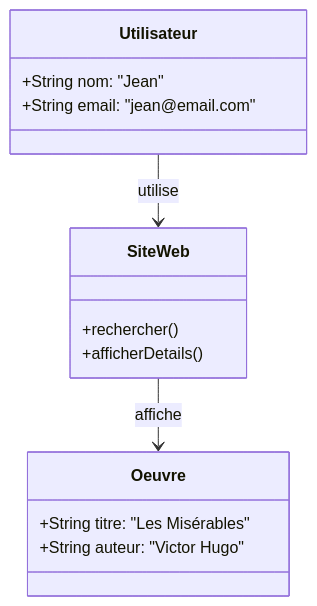
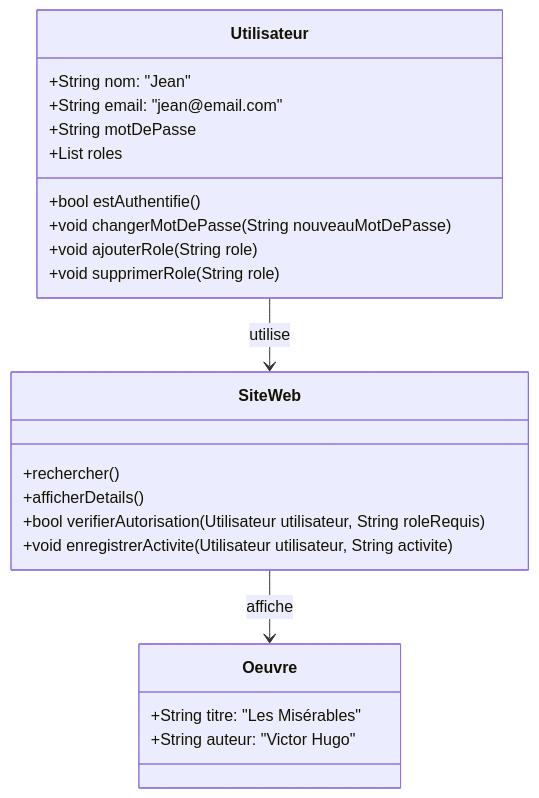
Before and after one commit to melenedufrenois/QuoicOurs: the diagram in scenarios/1/diag_class.md, drawn with Mermaid.

````diff
--- a/scenarios/1/diag_class.md
+++ b/scenarios/1/diag_class.md
@@ -1,18 +1,26 @@
 ```mermaid
 classDiagram
     class Utilisateur {
       +String nom: "Jean"
       +String email: "jean@email.com"
+      +String motDePasse
+      +bool estAuthentifie()
+      +void changerMotDePasse(String nouveauMotDePasse)
+      +List<String> roles
+      +void ajouterRole(String role)
+      +void supprimerRole(String role)
     }
     class SiteWeb {
       +rechercher()
       +afficherDetails()
+      +bool verifierAutorisation(Utilisateur utilisateur, String roleRequis)
+      +void enregistrerActivite(Utilisateur utilisateur, String activite)
     }
     class Oeuvre {
       +String titre: "Les Misérables"
       +String auteur: "Victor Hugo"
     }
 
     Utilisateur --> SiteWeb : utilise
     SiteWeb --> Oeuvre : affiche
 ```
````
